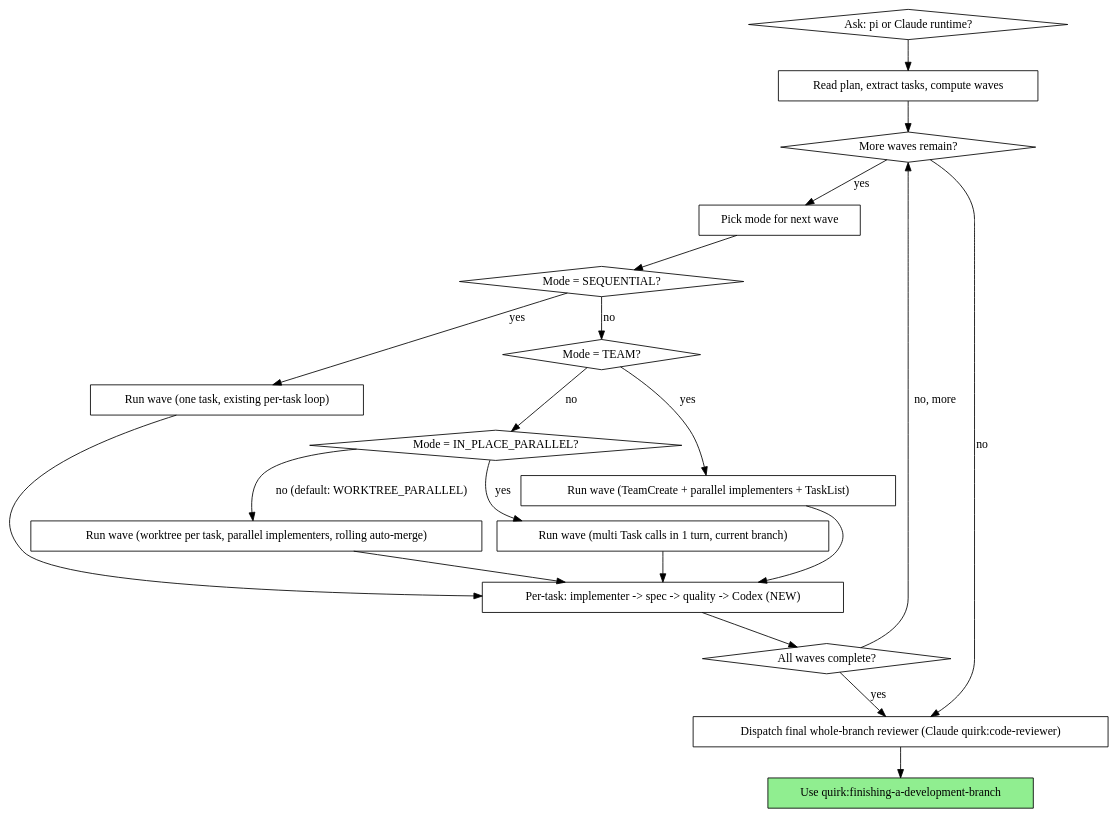
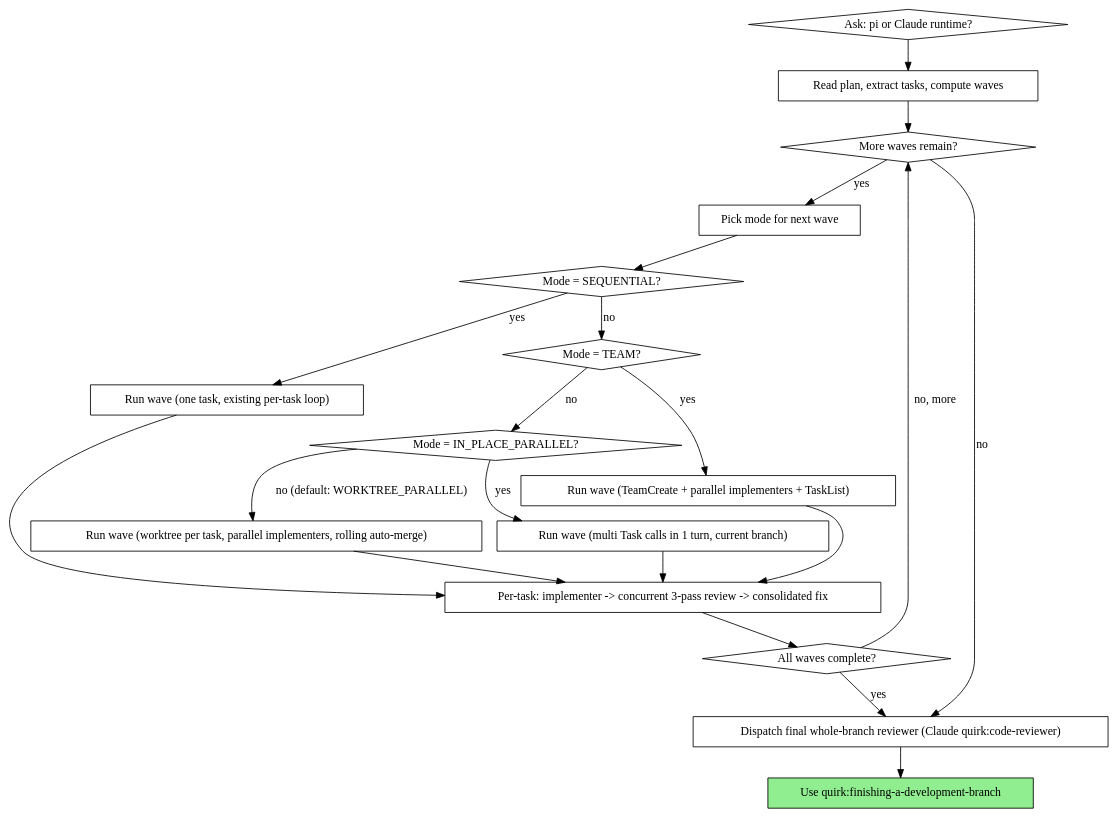
The second of 2 diagrams in skills/subagent-driven-development/SKILL.md (zpyoung/quirk), drawn with Graphviz before and after one commit. The commit also changed other lines of this file and 8 other files, not shown here.

Commit message:
feat(sdd): wall-clock efficiency amendments — concurrent reviews, consolidated fix, risk tiers, pi parallelism, verification economics, contract-gated deps

````diff
--- a/skills/subagent-driven-development/SKILL.md
+++ b/skills/subagent-driven-development/SKILL.md
@@ -77,41 +77,41 @@
 ```dot
 digraph process {
     rankdir=TB;
 
     "Ask: pi or Claude runtime?" [shape=diamond];
     "Read plan, extract tasks, compute waves" [shape=box];
     "More waves remain?" [shape=diamond];
     "Pick mode for next wave" [shape=box];
     "Mode = SEQUENTIAL?" [shape=diamond];
     "Mode = TEAM?" [shape=diamond];
     "Mode = IN_PLACE_PARALLEL?" [shape=diamond];
     "Run wave (one task, existing per-task loop)" [shape=box];
     "Run wave (TeamCreate + parallel implementers + TaskList)" [shape=box];
     "Run wave (multi Task calls in 1 turn, current branch)" [shape=box];
     "Run wave (worktree per task, parallel implementers, rolling auto-merge)" [shape=box];
-    "Per-task: implementer -> spec -> quality -> Codex (NEW)" [shape=box];
+    "Per-task: implementer -> concurrent 3-pass review -> consolidated fix" [shape=box];
     "All waves complete?" [shape=diamond];
     "Dispatch final whole-branch reviewer (Claude quirk:code-reviewer)" [shape=box];
     "Use quirk:finishing-a-development-branch" [shape=box style=filled fillcolor=lightgreen];
 
     "Ask: pi or Claude runtime?" -> "Read plan, extract tasks, compute waves";
     "Read plan, extract tasks, compute waves" -> "More waves remain?";
     "More waves remain?" -> "Pick mode for next wave" [label="yes"];
     "More waves remain?" -> "Dispatch final whole-branch reviewer (Claude quirk:code-reviewer)" [label="no"];
     "Pick mode for next wave" -> "Mode = SEQUENTIAL?";
     "Mode = SEQUENTIAL?" -> "Run wave (one task, existing per-task loop)" [label="yes"];
     "Mode = SEQUENTIAL?" -> "Mode = TEAM?" [label="no"];
     "Mode = TEAM?" -> "Run wave (TeamCreate + parallel implementers + TaskList)" [label="yes"];
     "Mode = TEAM?" -> "Mode = IN_PLACE_PARALLEL?" [label="no"];
     "Mode = IN_PLACE_PARALLEL?" -> "Run wave (multi Task calls in 1 turn, current branch)" [label="yes"];
     "Mode = IN_PLACE_PARALLEL?" -> "Run wave (worktree per task, parallel implementers, rolling auto-merge)" [label="no (default: WORKTREE_PARALLEL)"];
-    "Run wave (one task, existing per-task loop)" -> "Per-task: implementer -> spec -> quality -> Codex (NEW)";
-    "Run wave (TeamCreate + parallel implementers + TaskList)" -> "Per-task: implementer -> spec -> quality -> Codex (NEW)";
-    "Run wave (multi Task calls in 1 turn, current branch)" -> "Per-task: implementer -> spec -> quality -> Codex (NEW)";
-    "Run wave (worktree per task, parallel implementers, rolling auto-merge)" -> "Per-task: implementer -> spec -> quality -> Codex (NEW)";
-    "Per-task: implementer -> spec -> quality -> Codex (NEW)" -> "All waves complete?";
+    "Run wave (one task, existing per-task loop)" -> "Per-task: implementer -> concurrent 3-pass review -> consolidated fix";
+    "Run wave (TeamCreate + parallel implementers + TaskList)" -> "Per-task: implementer -> concurrent 3-pass review -> consolidated fix";
+    "Run wave (multi Task calls in 1 turn, current branch)" -> "Per-task: implementer -> concurrent 3-pass review -> consolidated fix";
+    "Run wave (worktree per task, parallel implementers, rolling auto-merge)" -> "Per-task: implementer -> concurrent 3-pass review -> consolidated fix";
+    "Per-task: implementer -> concurrent 3-pass review -> consolidated fix" -> "All waves complete?";
     "All waves complete?" -> "More waves remain?" [label="no, more"];
     "All waves complete?" -> "Dispatch final whole-branch reviewer (Claude quirk:code-reviewer)" [label="yes"];
     "Dispatch final whole-branch reviewer (Claude quirk:code-reviewer)" -> "Use quirk:finishing-a-development-branch";
 }
 ```
````
